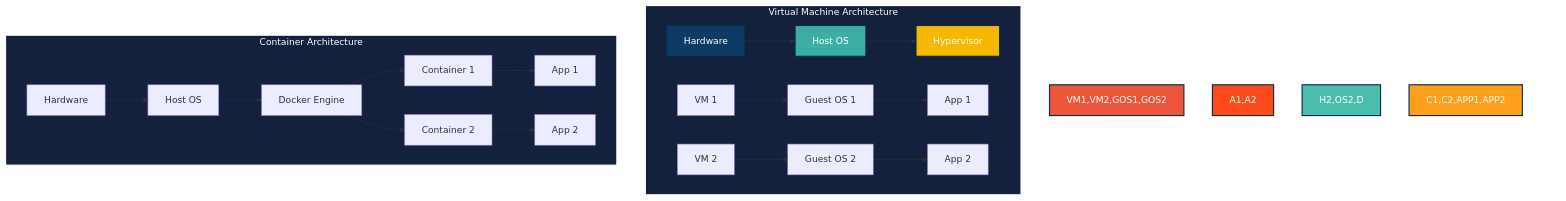
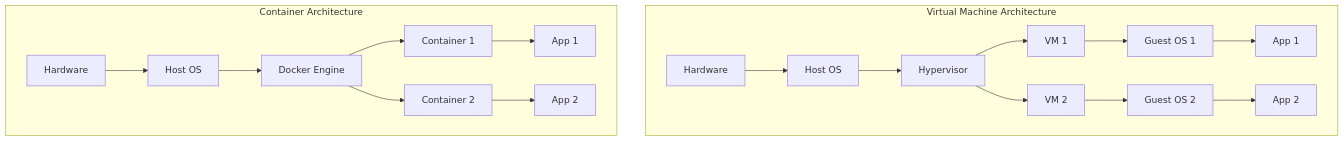
Before and after one commit to ashishjangde/Docker: the first of 4 diagrams in README.md, drawn with Mermaid.

Commit message:
fixed the diagrams

````diff
--- a/README.md
+++ b/README.md
@@ -15,39 +15,38 @@
 ```mermaid
 graph TB
-%% Styling Nodes and Subgraphs
-   style H1 fill:#0D3B66,stroke:#023047,stroke-width:2px,color:white,fontsize:16px
-   style OS1 fill:#3CAEA3,stroke:#023047,stroke-width:2px,color:white,fontsize:16px
-   style VMH fill:#F7B801,stroke:#023047,stroke-width:2px,color:white,fontsize:16px
-   style VM1,VM2,GOS1,GOS2 fill:#ED553B,stroke:#023047,stroke-width:2px,color:white,fontsize:16px
-   style A1,A2 fill:#FC4A1A,stroke:#023047,stroke-width:2px,color:white,fontsize:16px
-   style H2,OS2,D fill:#4ABDAC,stroke:#023047,stroke-width:2px,color:white,fontsize:16px
-   style C1,C2,APP1,APP2 fill:#FF9F1C,stroke:#023047,stroke-width:2px,color:white,fontsize:16px
-   style Virtual_Machine_Architecture fill:#14213D,stroke:#FFFFFF,stroke-width:2px,color:white,fontsize:18px
-   style Container_Architecture fill:#14213D,stroke:#FFFFFF,stroke-width:2px,color:white,fontsize:18px
+    subgraph "Virtual Machine Architecture"
+        H1[Hardware]
+        OS1[Host OS]
+        H1 --> OS1
+        VMH[Hypervisor]
+        OS1 --> VMH
+        VM1[VM 1]
+        VM2[VM 2]
+        VMH --> VM1
+        VMH --> VM2
+        GOS1[Guest OS 1]
+        GOS2[Guest OS 2]
+        VM1 --> GOS1
+        VM2 --> GOS2
+        A1[App 1]
+        A2[App 2]
+        GOS1 --> A1
+        GOS2 --> A2
+    end
 
-%% Virtual Machine Architecture
-   subgraph Virtual_Machine_Architecture["Virtual Machine Architecture"]
-      H1[Hardware]
-      OS1[Host OS]
-      H1 --> OS1
-      VMH[Hypervisor]
-      OS1 --> VMH
-      VM1[VM 1] --> GOS1[Guest OS 1] --> A1[App 1]
-      VM2[VM 2] --> GOS2[Guest OS 2] --> A2[App 2]
-   end
-
-%% Spacer Node to Separate Architectures
-   style Spacer fill:none,stroke:none
-   Spacer(( ))
-
-%% Container Architecture
-subgraph Container_Architecture["Container Architecture"]
-H2[Hardware]
-OS2[Host OS]
-H2 --> OS2
-D[Docker Engine]
-OS2 --> D
-D --> C1[Container 1] --> APP1[App 1]
-D --> C2[Container 2] --> APP2[App 2]
-end
+    subgraph "Container Architecture"
+        H2[Hardware]
+        OS2[Host OS]
+        H2 --> OS2
+        D[Docker Engine]
+        OS2 --> D
+        C1[Container 1]
+        C2[Container 2]
+        D --> C1
+        D --> C2
+        APP1[App 1]
+        APP2[App 2]
+        C1 --> APP1
+        C2 --> APP2
+    end
 ```
````
